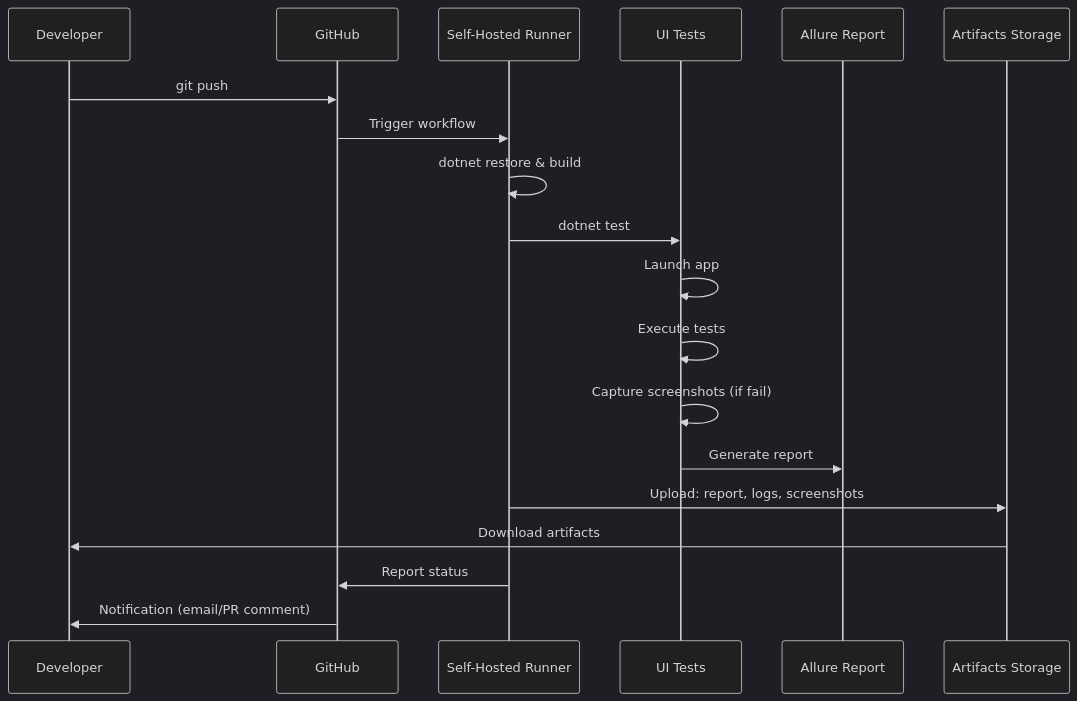
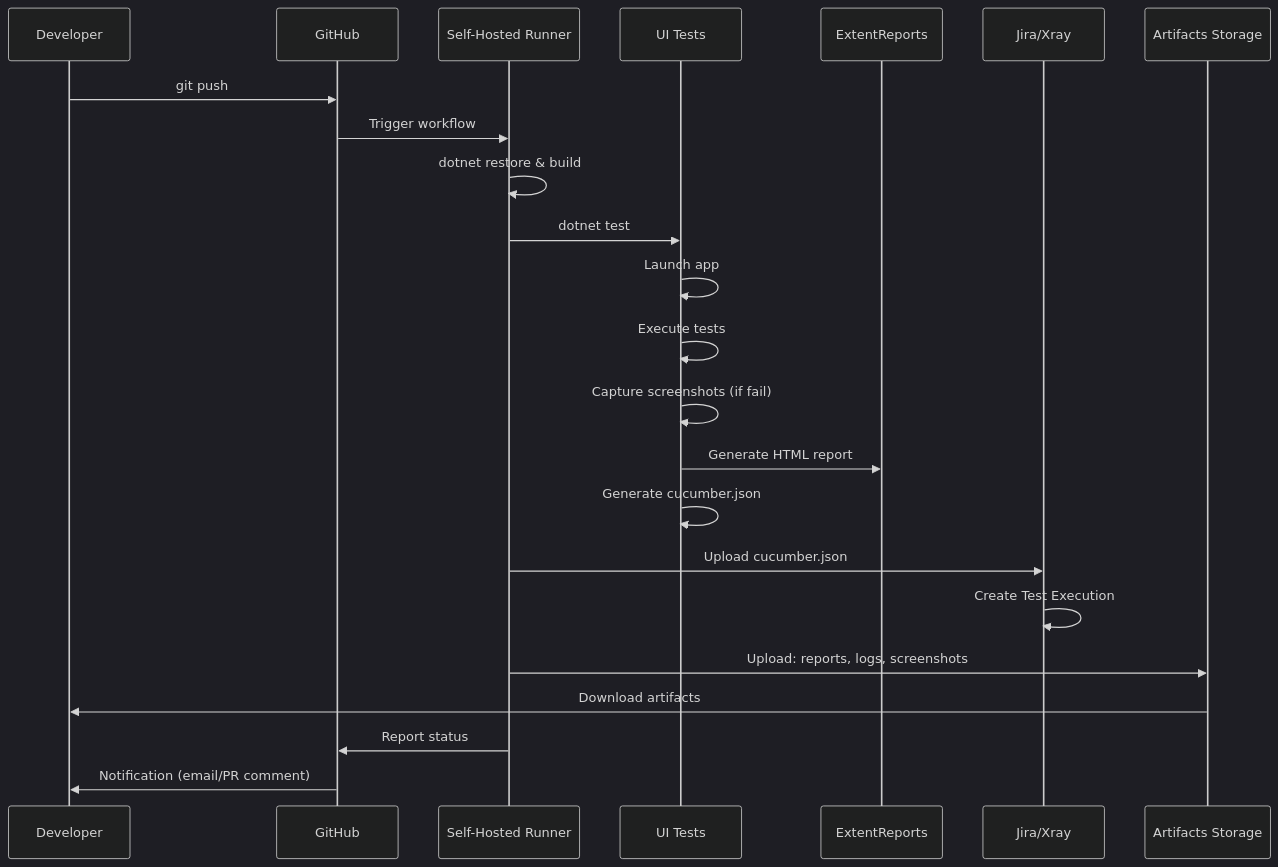
The second of 2 diagrams in website/docs/ci-cd.md (Akradeveloper/Hipos), drawn with Mermaid (dark theme) before and after one commit. The commit also changed other lines of this file and 8 other files, not shown here.

````diff
--- a/website/docs/ci-cd.md
+++ b/website/docs/ci-cd.md
@@ -296,22 +471,26 @@
 ```mermaid
 sequenceDiagram
     participant Dev as Developer
     participant GH as GitHub
     participant Runner as Self-Hosted Runner
     participant Tests as UI Tests
-    participant Allure as Allure Report
+    participant ExtentReports as ExtentReports
+    participant Xray as Jira/Xray
     participant Artifacts as Artifacts Storage
     
     Dev->>GH: git push
     GH->>Runner: Trigger workflow
     Runner->>Runner: dotnet restore & build
     Runner->>Tests: dotnet test
     Tests->>Tests: Launch app
     Tests->>Tests: Execute tests
     Tests->>Tests: Capture screenshots (if fail)
-    Tests->>Allure: Generate report
-    Runner->>Artifacts: Upload: report, logs, screenshots
+    Tests->>ExtentReports: Generate HTML report
+    Tests->>Tests: Generate cucumber.json
+    Runner->>Xray: Upload cucumber.json
+    Xray->>Xray: Create Test Execution
+    Runner->>Artifacts: Upload: reports, logs, screenshots
     Artifacts->>Dev: Download artifacts
     Runner->>GH: Report status
     GH->>Dev: Notification (email/PR comment)
 ```
````
